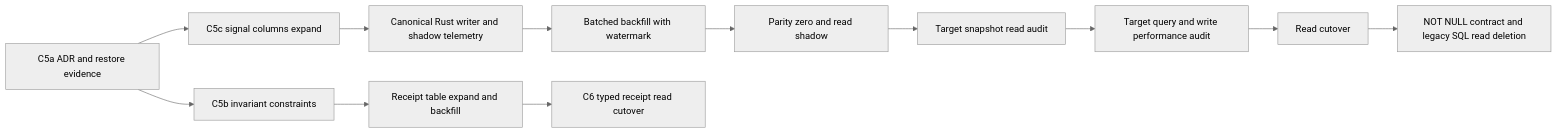
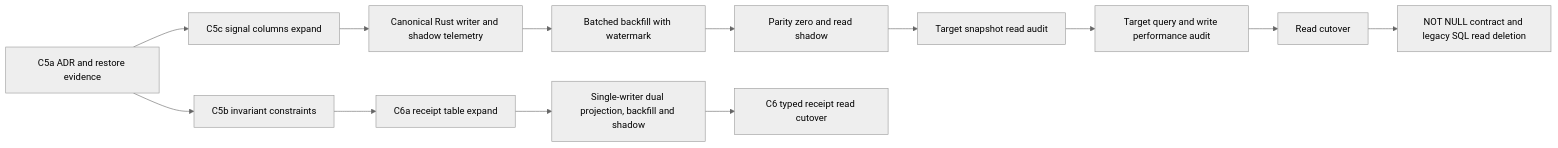
Before and after one commit to hcy0317/bill_analyser: the diagram in docs/refactor/cyanflow-c5-import-schema-expand-contract-adr-2026-08-17.md, drawn with Mermaid (neutral theme). The commit also changed other lines of this file and 12 other files, not shown here.

````diff
--- a/docs/refactor/cyanflow-c5-import-schema-expand-contract-adr-2026-08-17.md
+++ b/docs/refactor/cyanflow-c5-import-schema-expand-contract-adr-2026-08-17.md
@@ -126,14 +126,15 @@
 ```mermaid
 flowchart LR
     A["C5a ADR and restore evidence"] --> B["C5b invariant constraints"]
     A --> C["C5c signal columns expand"]
     C --> D["Canonical Rust writer and shadow telemetry"]
     D --> E["Batched backfill with watermark"]
     E --> F["Parity zero and read shadow"]
     F --> G["Target snapshot read audit"]
     G --> H["Target query and write performance audit"]
     H --> K["Read cutover"]
     K --> L["NOT NULL contract and legacy SQL read deletion"]
-    B --> I["Receipt table expand and backfill"]
-    I --> J["C6 typed receipt read cutover"]
+    B --> I["C6a receipt table expand"]
+    I --> M["Single-writer dual projection, backfill and shadow"]
+    M --> J["C6 typed receipt read cutover"]
 ```
````
